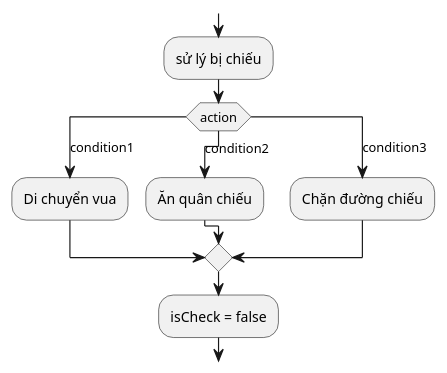
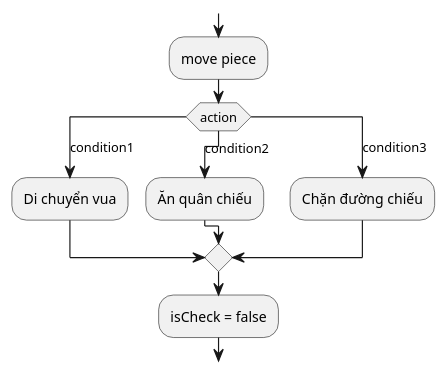
Before and after one commit to kieutridang/set2023: the diagram in chessGame/docs/isCheck.wsd, drawn with PlantUML. The commit also changed 1 other file, not shown here.

```diff
--- a/chessGame/docs/isCheck.wsd
+++ b/chessGame/docs/isCheck.wsd
@@ -1,19 +1,19 @@
 @startuml
 
 
 split
-    :sử lý bị chiếu;
+    :move piece;
     switch (action)
 
     case (condition1)
     :Di chuyển vua;
     case (condition2)
     :Ăn quân chiếu;
     case (condition3)
     :Chặn đường chiếu;
     endswitch
     :isCheck = false;
 
 
 
     @enduml
```
